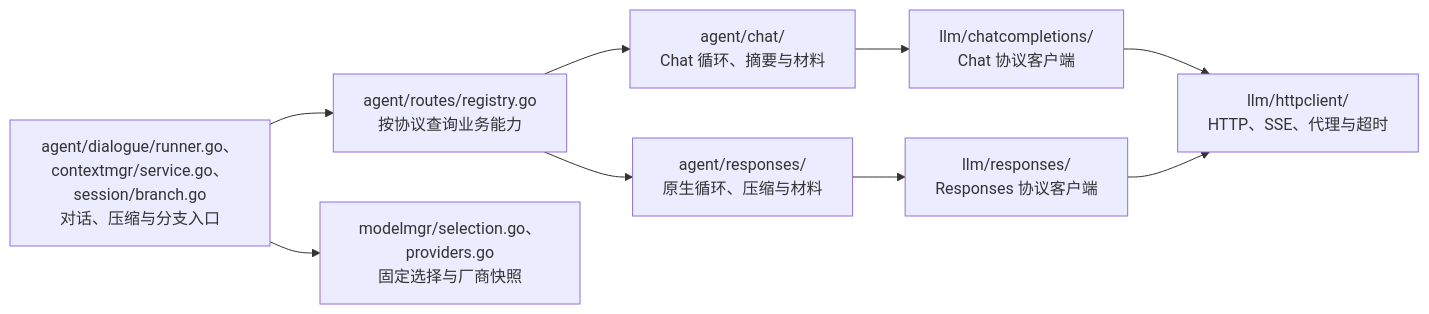
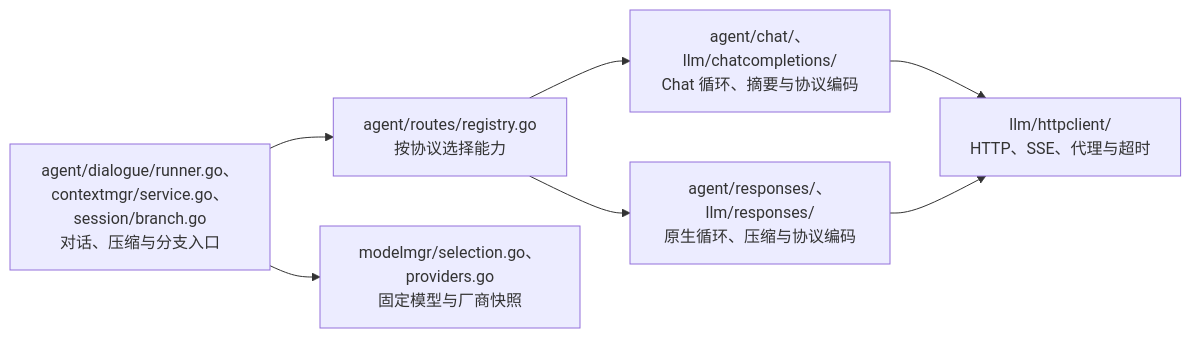
The second of 3 diagrams in devdocs/architecture.md (Elflare/elbot), drawn with Mermaid before and after one commit. The commit also changed other lines of this file and 3 other files, not shown here.

````diff
--- a/devdocs/architecture.md
+++ b/devdocs/architecture.md
@@ -208,10 +114,8 @@
 ```mermaid
 flowchart LR
-    E["agent/dialogue/runner.go、contextmgr/service.go、session/branch.go<br/>对话、压缩与分支入口"] --> R["agent/routes/registry.go<br/>按协议查询业务能力"]
-    E --> M["modelmgr/selection.go、providers.go<br/>固定选择与厂商快照"]
-    R --> C["agent/chat/<br/>Chat 循环、摘要与材料"]
-    R --> N["agent/responses/<br/>原生循环、压缩与材料"]
-    C --> CC["llm/chatcompletions/<br/>Chat 协议客户端"]
-    N --> NC["llm/responses/<br/>Responses 协议客户端"]
-    CC & NC --> H["llm/httpclient/<br/>HTTP、SSE、代理与超时"]
+    E["agent/dialogue/runner.go、contextmgr/service.go、session/branch.go<br/>对话、压缩与分支入口"] --> R["agent/routes/registry.go<br/>按协议选择能力"]
+    E --> M["modelmgr/selection.go、providers.go<br/>固定模型与厂商快照"]
+    R --> C["agent/chat/、llm/chatcompletions/<br/>Chat 循环、摘要与协议编码"]
+    R --> N["agent/responses/、llm/responses/<br/>原生循环、压缩与协议编码"]
+    C & N --> H["llm/httpclient/<br/>HTTP、SSE、代理与超时"]
 ```
````
